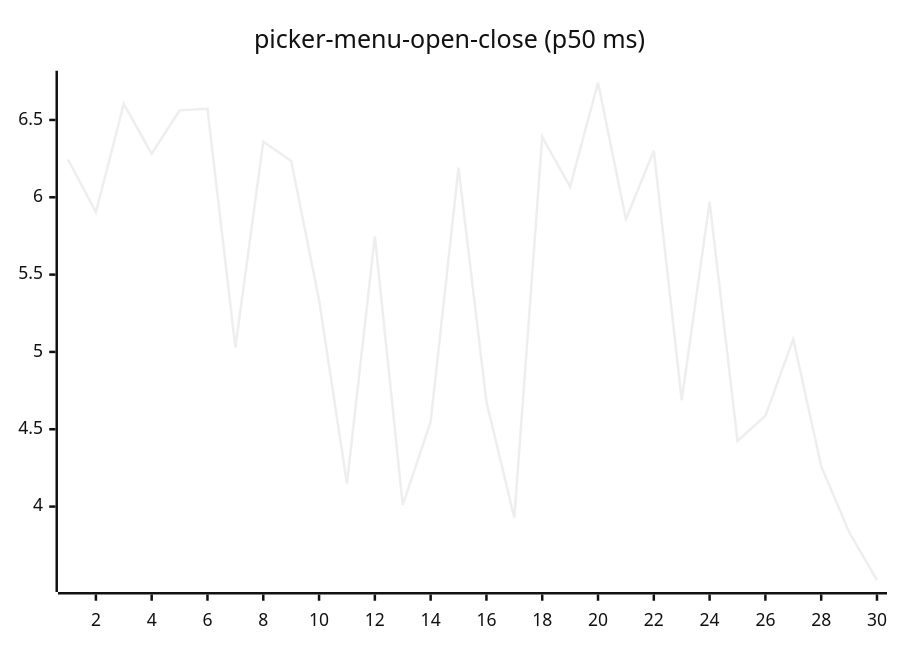
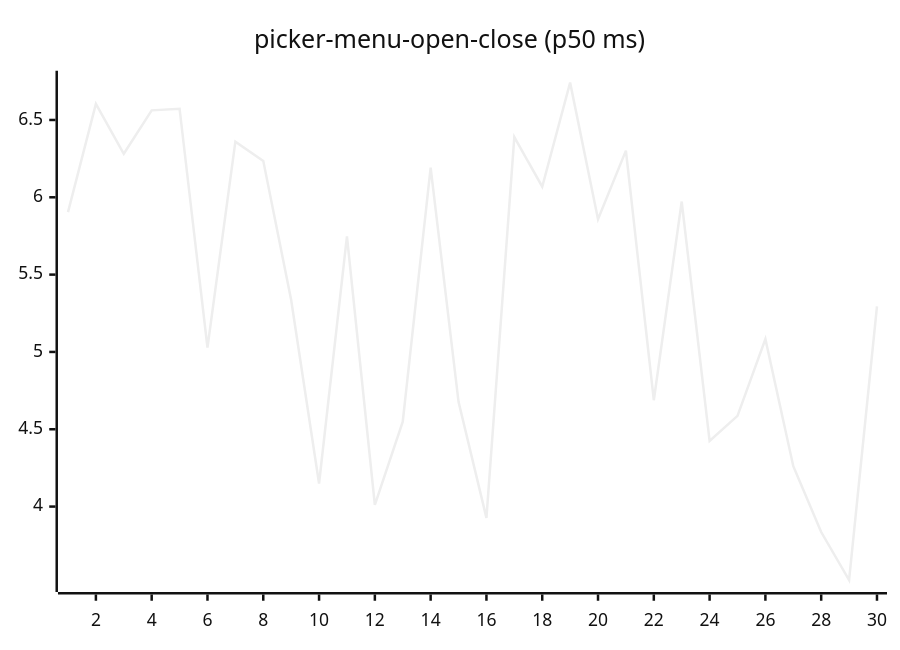
Diagram 16 of 27 in README.md (josha/Facet), drawn with Mermaid (neutral theme) before and after one commit. The commit also changed other lines of this file and 2 other files, not shown here.

````diff
--- a/README.md
+++ b/README.md
@@ -168,6 +168,6 @@
 ```mermaid
 xychart-beta
     title "picker-menu-open-close (p50 ms)"
     x-axis 1 --> 30
-    line [6.2442, 5.9038, 6.6044, 6.2815, 6.5623, 6.5728, 5.0278, 6.3599, 6.2355, 5.3362, 4.1492, 5.7473, 4.0112, 4.5489, 6.1919, 4.6774, 3.9267, 6.3897, 6.0683, 6.7415, 5.8582, 6.3016, 4.6878, 5.9725, 4.4246, 4.5868, 5.0832, 4.2609, 3.8354, 3.5244]
+    line [5.9038, 6.6044, 6.2815, 6.5623, 6.5728, 5.0278, 6.3599, 6.2355, 5.3362, 4.1492, 5.7473, 4.0112, 4.5489, 6.1919, 4.6774, 3.9267, 6.3897, 6.0683, 6.7415, 5.8582, 6.3016, 4.6878, 5.9725, 4.4246, 4.5868, 5.0832, 4.2609, 3.8354, 3.5244, 5.2942]
 ```
````
